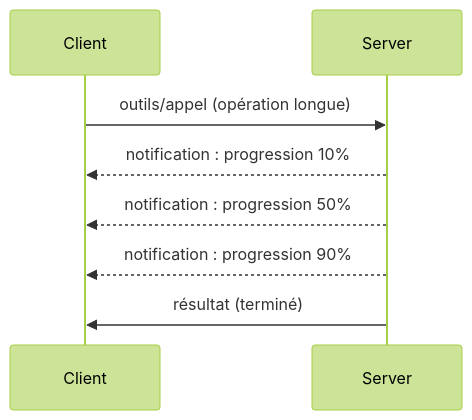
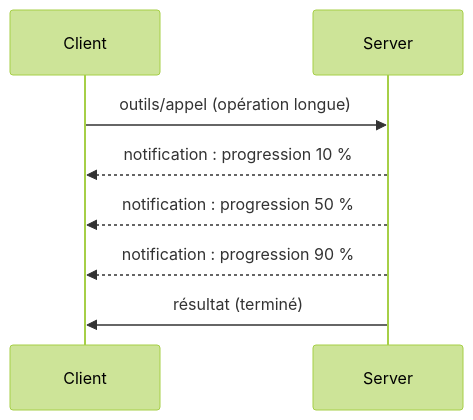
One commit to HIDORAKAI002/ai-workspace-archive changed the diagram in mcp_ecosystem__model_context_protocol/mcp_learning_resources/mcp-for-beginners/translations/fr/05-AdvancedTopics/mcp-protocol-features/README.md. Above: the diagram before and after it, drawn with Mermaid (forest theme). The commit also changed other lines of this file and 1046 other files, not shown here.

````diff
--- a/mcp_ecosystem__model_context_protocol/mcp_learning_resources/mcp-for-beginners/translations/fr/05-AdvancedTopics/mcp-protocol-features/README.md
+++ b/mcp_ecosystem__model_context_protocol/mcp_learning_resources/mcp-for-beginners/translations/fr/05-AdvancedTopics/mcp-protocol-features/README.md
@@ -22,11 +24,11 @@
 ```mermaid
 sequenceDiagram
     participant Client
     participant Server
     
     Client->>Server: outils/appel (opération longue)
-    Server-->>Client: notification : progression 10%
-    Server-->>Client: notification : progression 50%
-    Server-->>Client: notification : progression 90%
+    Server-->>Client: notification : progression 10 %
+    Server-->>Client: notification : progression 50 %
+    Server-->>Client: notification : progression 90 %
     Server->>Client: résultat (terminé)
 ```
````
